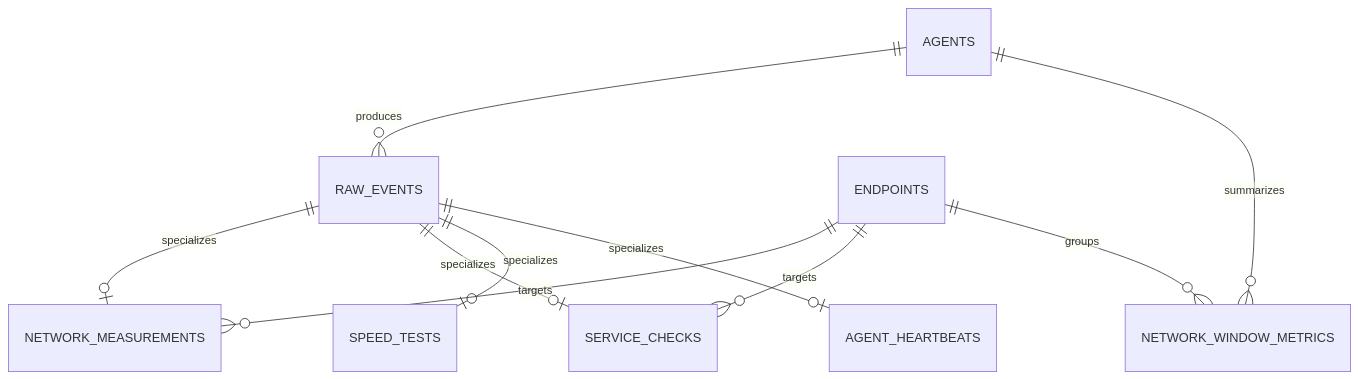
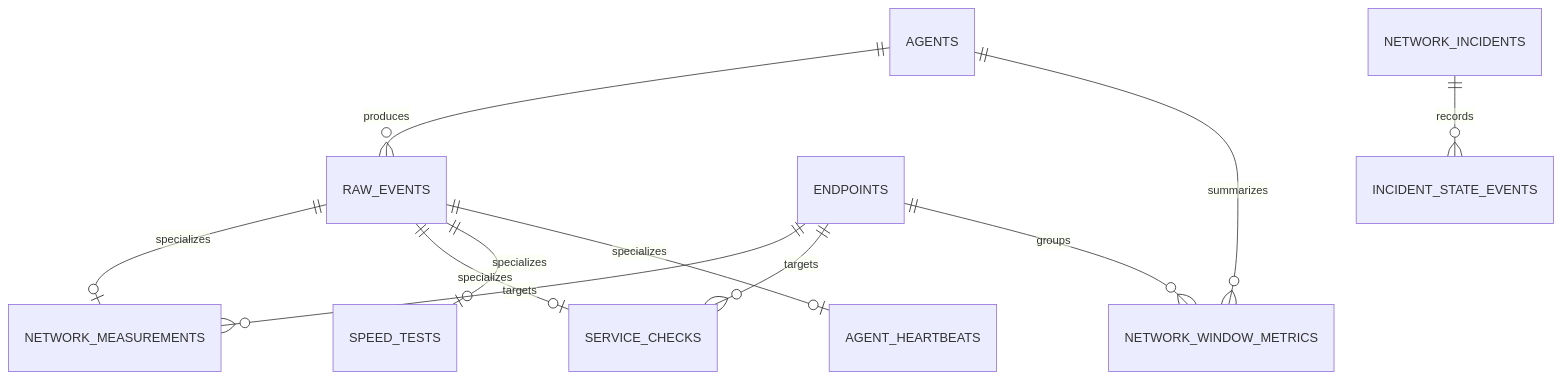
The second of 2 diagrams in docs/architecture.md (Jerry-Padilla/local-network-kafka-monitoring), drawn with Mermaid before and after one commit. The commit also changed other lines of this file and 44 other files, not shown here.

````diff
--- a/docs/architecture.md
+++ b/docs/architecture.md
@@ -87,12 +96,13 @@
 ```mermaid
 erDiagram
     AGENTS ||--o{ RAW_EVENTS : produces
     RAW_EVENTS ||--o| NETWORK_MEASUREMENTS : specializes
     RAW_EVENTS ||--o| SERVICE_CHECKS : specializes
     RAW_EVENTS ||--o| SPEED_TESTS : specializes
     RAW_EVENTS ||--o| AGENT_HEARTBEATS : specializes
     ENDPOINTS ||--o{ NETWORK_MEASUREMENTS : targets
     ENDPOINTS ||--o{ SERVICE_CHECKS : targets
     AGENTS ||--o{ NETWORK_WINDOW_METRICS : summarizes
     ENDPOINTS ||--o{ NETWORK_WINDOW_METRICS : groups
+    NETWORK_INCIDENTS ||--o{ INCIDENT_STATE_EVENTS : records
 ```
````
